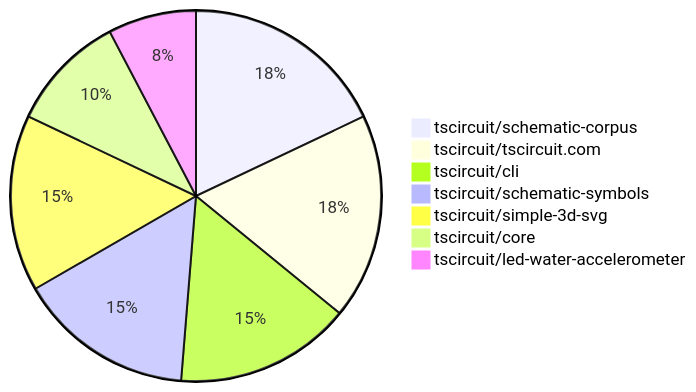
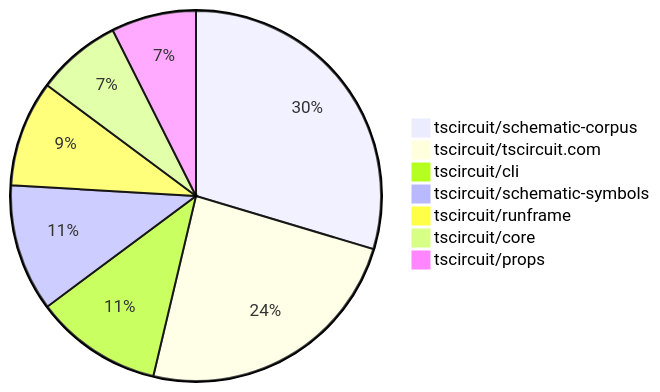
One commit to tscircuit/contribution-tracker changed the second of 2 diagrams in README.md. Above: the diagram before and after it, drawn with Mermaid. The commit also changed other lines of this file and 3 other files, not shown here.

````diff
--- a/README.md
+++ b/README.md
@@ -97,10 +99,10 @@
 ```mermaid
 pie
-    "tscircuit/schematic-corpus" : 7
-    "tscircuit/tscircuit.com" : 7
+    "tscircuit/schematic-corpus" : 16
+    "tscircuit/tscircuit.com" : 13
     "tscircuit/cli" : 6
     "tscircuit/schematic-symbols" : 6
-    "tscircuit/simple-3d-svg" : 6
+    "tscircuit/runframe" : 5
     "tscircuit/core" : 4
-    "tscircuit/led-water-accelerometer" : 3
+    "tscircuit/props" : 4
 ```
````
